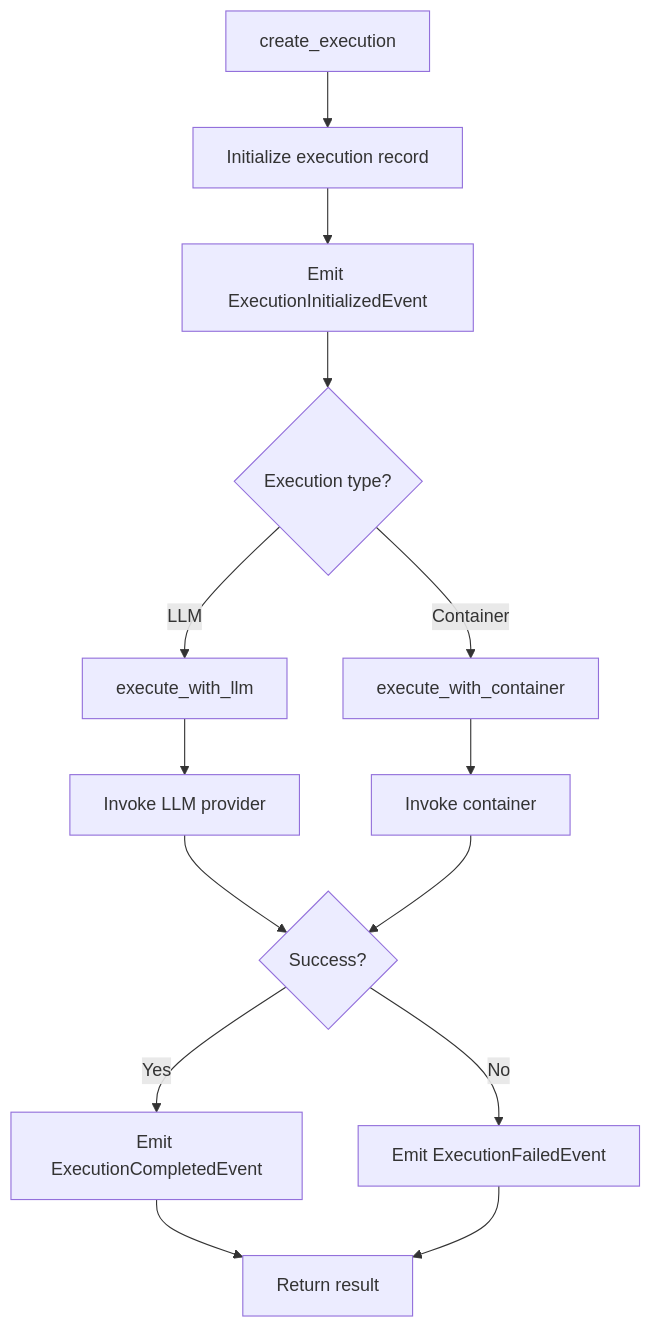
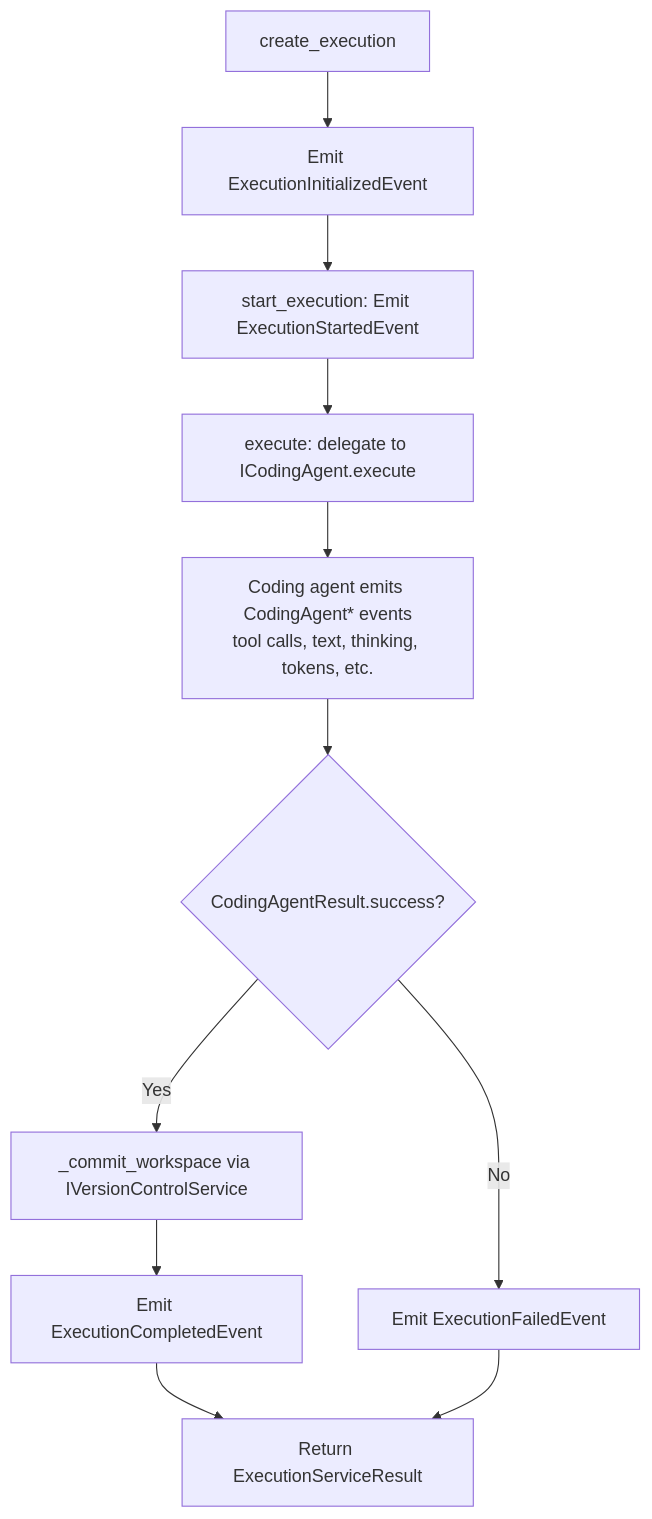
One commit to tinkermonkey/codetoreum changed the second of 2 diagrams in documentation/architecture/application-services/services.md. Above: the diagram before and after it, drawn with Mermaid. The commit also changed other lines of this file and 16 other files, not shown here.

First line of the commit message:
Phase D0: rewrite architecture docs for coding agent port redesign

````diff
--- a/documentation/architecture/application-services/services.md
+++ b/documentation/architecture/application-services/services.md
@@ -369,16 +386,13 @@
 ```mermaid
 flowchart TD
-    A[create_execution] --> B[Initialize execution record]
-    B --> C[Emit ExecutionInitializedEvent]
-    C --> D{Execution type?}
-    D -->|LLM| E[execute_with_llm]
-    D -->|Container| F[execute_with_container]
-    E --> G[Invoke LLM provider]
-    F --> H[Invoke container]
-    G --> I{Success?}
-    H --> I
-    I -->|Yes| J[Emit ExecutionCompletedEvent]
-    I -->|No| K[Emit ExecutionFailedEvent]
-    J --> L[Return result]
-    K --> L
+    A[create_execution] --> B[Emit ExecutionInitializedEvent]
+    B --> C[start_execution: Emit ExecutionStartedEvent]
+    C --> D[execute: delegate to ICodingAgent.execute]
+    D --> D2[Coding agent emits CodingAgent* events<br/>tool calls, text, thinking, tokens, etc.]
+    D2 --> E{CodingAgentResult.success?}
+    E -->|Yes| F[_commit_workspace via IVersionControlService]
+    F --> G[Emit ExecutionCompletedEvent]
+    E -->|No| H[Emit ExecutionFailedEvent]
+    G --> L[Return ExecutionServiceResult]
+    H --> L
 ```
````
